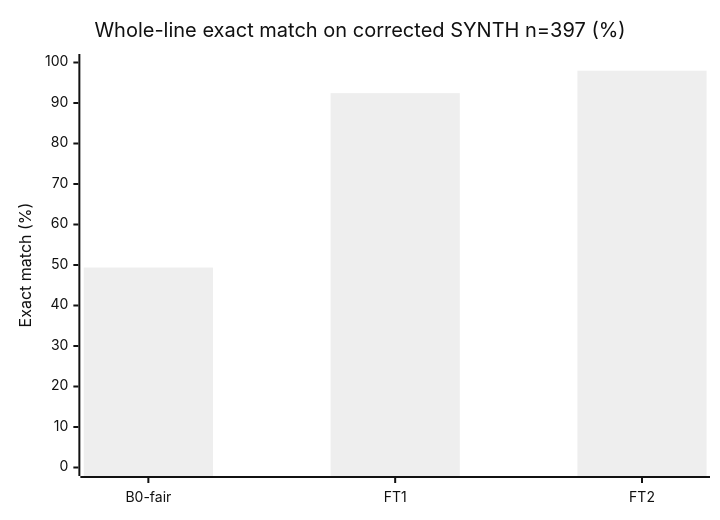
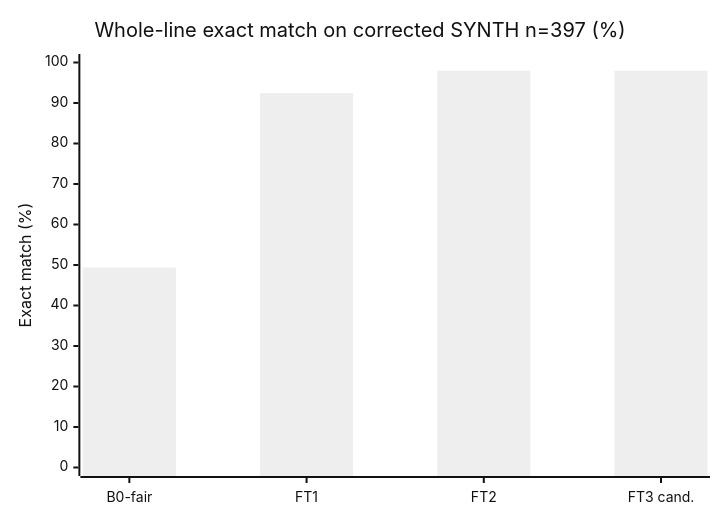
One commit to Vedant817/aaji-pill-clerk changed the third of 4 diagrams in eval/results.md. Above: the diagram before and after it, drawn with Mermaid (neutral theme). The commit also changed other lines of this file and 13 other files, not shown here.

````diff
--- a/eval/results.md
+++ b/eval/results.md
@@ -164,7 +169,7 @@
 ```mermaid
 xychart-beta
     title "Whole-line exact match on corrected SYNTH n=397 (%)"
-    x-axis ["B0-fair", "FT1", "FT2"]
+    x-axis ["B0-fair", "FT1", "FT2", "FT3 cand."]
     y-axis "Exact match (%)" 0 --> 100
-    bar [49.37, 92.44, 97.98]
+    bar [49.37, 92.44, 97.98, 97.98]
 ```
````
